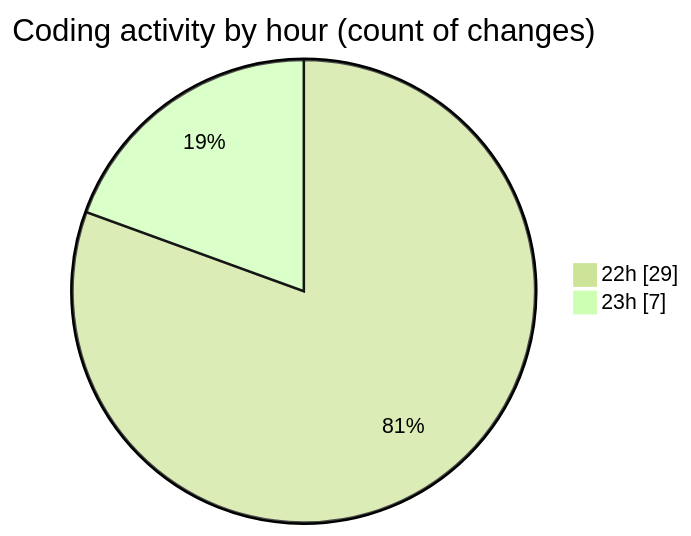
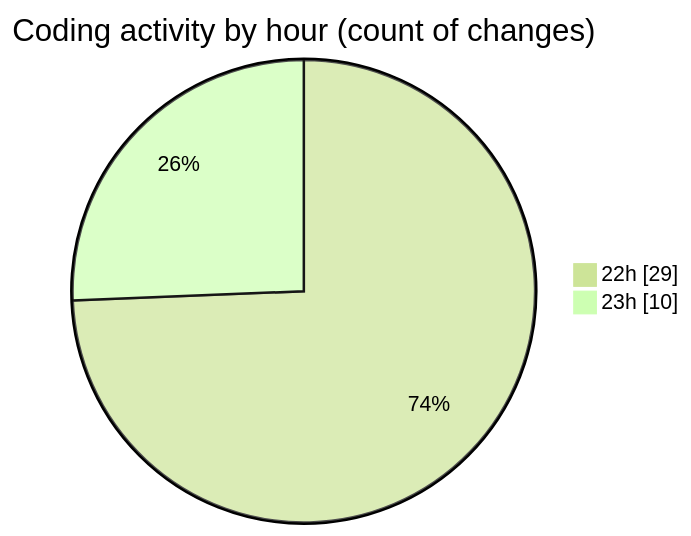
Before and after one commit to Ritupan-Deka/code-tracking: the second of 2 diagrams in 2025-10-19/scopecraft/README.md, drawn with Mermaid (forest theme). The commit also changed other lines of this file and 1 other file, not shown here.

````diff
--- a/2025-10-19/scopecraft/README.md
+++ b/2025-10-19/scopecraft/README.md
@@ -32,6 +33,6 @@
 ```mermaid
 pie showData
 title Coding activity by hour (count of changes)
 "22h" : 29
-"23h" : 7
+"23h" : 10
 ```
````
